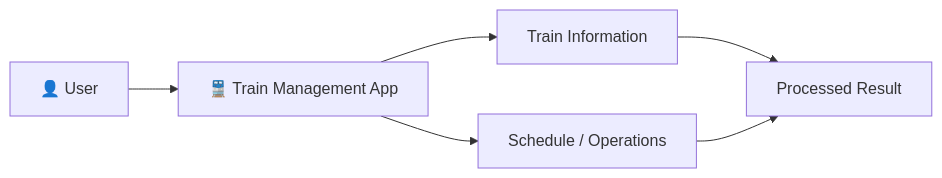
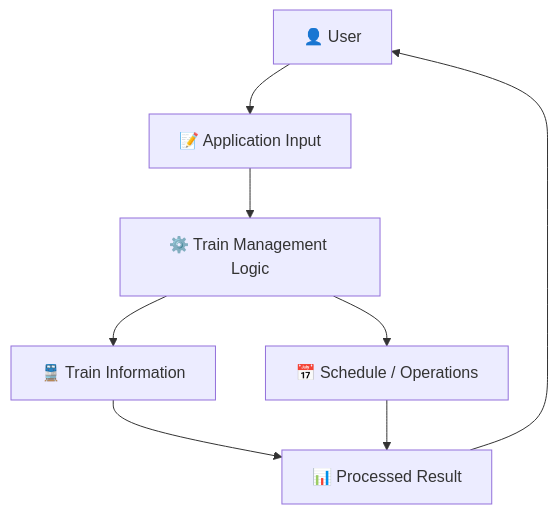
Before and after one commit to Priyanshu710-ui/TrainConsistentManagement: the first of 4 diagrams in README.md, drawn with Mermaid. The commit also changed other lines of this file, not shown here.

Commit message:
Expand README with project explanation and workflow diagrams

````diff
--- a/README.md
+++ b/README.md
@@ -8,8 +26,10 @@
 ```mermaid
-flowchart LR
-    A[👤 User] --> B[🚆 Train Management App]
-    B --> C[Train Information]
-    B --> D[Schedule / Operations]
-    C --> E[Processed Result]
-    D --> E
+flowchart TB
+    U[👤 User] --> UI[📝 Application Input]
+    UI --> L[⚙️ Train Management Logic]
+    L --> D[🚆 Train Information]
+    L --> O[📅 Schedule / Operations]
+    D --> R[📊 Processed Result]
+    O --> R
+    R --> U
 ```
````
